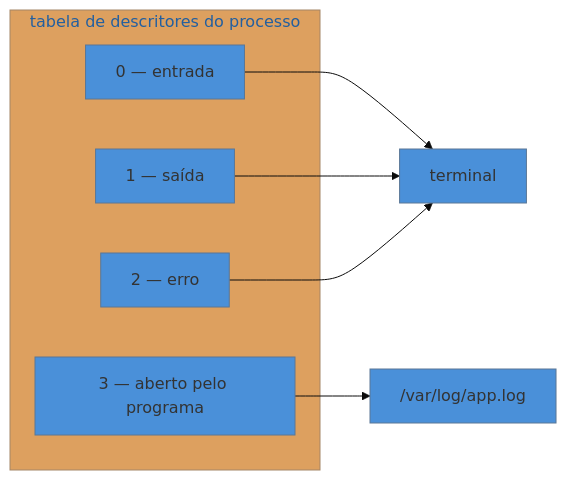
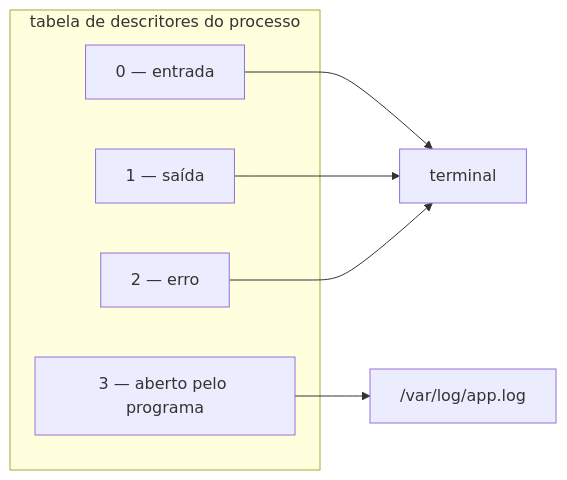
One commit to josenaldo/codex-technomanticus changed the diagram in 03-Dominios/Tecnologia/Infraestrutura/Linux/03 - Tudo é arquivo - descritores e redirecionamento.md. Above: the diagram before and after it, drawn with Mermaid. The commit also changed 1181 other files, not shown here.

First line of the commit message:
fix(diagramas): paleta do sistema no lugar de cor cravada no markdown

````diff
--- a/03-Dominios/Tecnologia/Infraestrutura/Linux/03 - Tudo é arquivo - descritores e redirecionamento.md
+++ b/03-Dominios/Tecnologia/Infraestrutura/Linux/03 - Tudo é arquivo - descritores e redirecionamento.md
@@ -49,14 +49,13 @@
 ```mermaid
-%%{init: {"theme": "base", "themeVariables": {"primaryColor": "#4A90D9"}}}%%
 graph LR
     subgraph P["tabela de descritores do processo"]
         D0["0 — entrada"]
         D1["1 — saída"]
         D2["2 — erro"]
         D3["3 — aberto pelo programa"]
     end
     D0 --> T["terminal"]
     D1 --> T
     D2 --> T
     D3 --> A["/var/log/app.log"]
 ```
````
